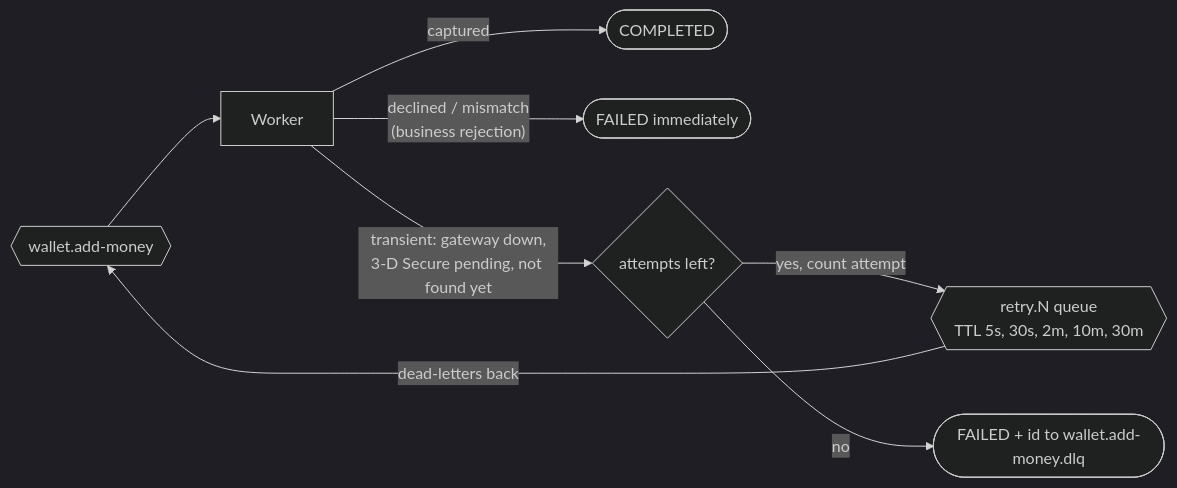
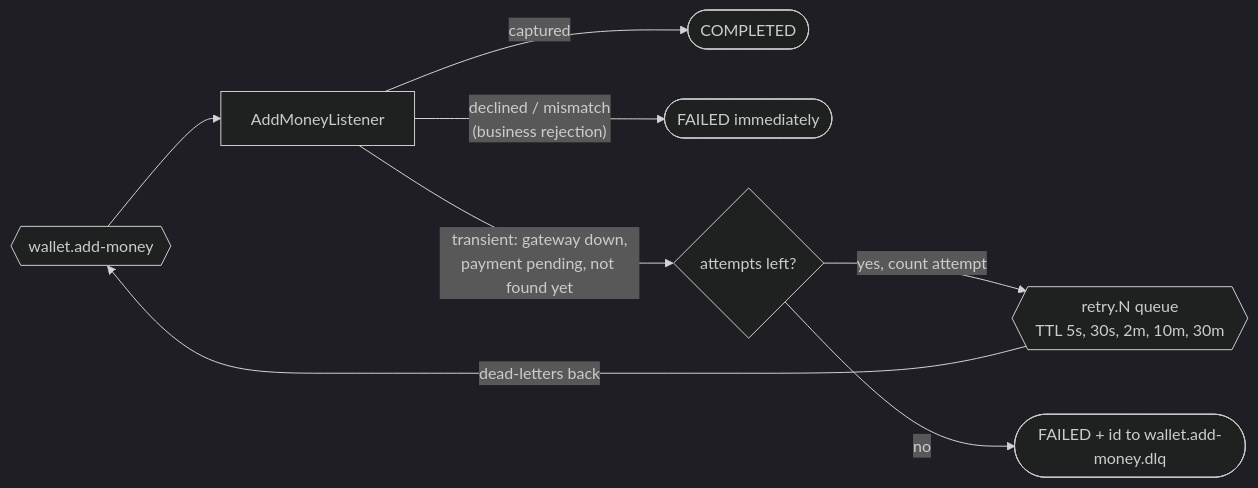
The ninth of 9 diagrams in README.md (nadimnesar/mini-wallet-service), drawn with Mermaid (dark theme) before and after one commit. The commit also changed other lines of this file, not shown here.

First line of the commit message:
docs(readme): rewrite intro and API sections, add diagrams and assumptions

````diff
--- a/README.md
+++ b/README.md
@@ -339,10 +429,10 @@
 ```mermaid
 flowchart LR
-    WQ{{"wallet.add-money"}} --> W["Worker"]
-    W -->|"captured"| OK(["COMPLETED"])
-    W -->|"declined / mismatch<br/>(business rejection)"| F(["FAILED immediately"])
-    W -->|"transient: gateway down,<br/>3-D Secure pending, not found yet"| P{"attempts left?"}
-    P -->|"yes, count attempt"| R1{{"retry.N queue<br/>TTL 5s, 30s, 2m, 10m, 30m"}}
-    R1 -->|"dead-letters back"| WQ
-    P -->|"no"| FD(["FAILED + id to wallet.add-money.dlq"])
+    WQ{{"wallet.add-money"}} --> L["AddMoneyListener"]
+    L -->|" captured "| OK(["COMPLETED"])
+    L -->|" declined / mismatch<br/>(business rejection) "| F(["FAILED immediately"])
+    L -->|" transient: gateway down,<br/>payment pending, not found yet "| P{"attempts left?"}
+    P -->|" yes, count attempt "| R1{{"retry.N queue<br/>TTL 5s, 30s, 2m, 10m, 30m"}}
+    R1 -->|" dead-letters back "| WQ
+    P -->|" no "| FD(["FAILED + id to wallet.add-money.dlq"])
 ```
````
